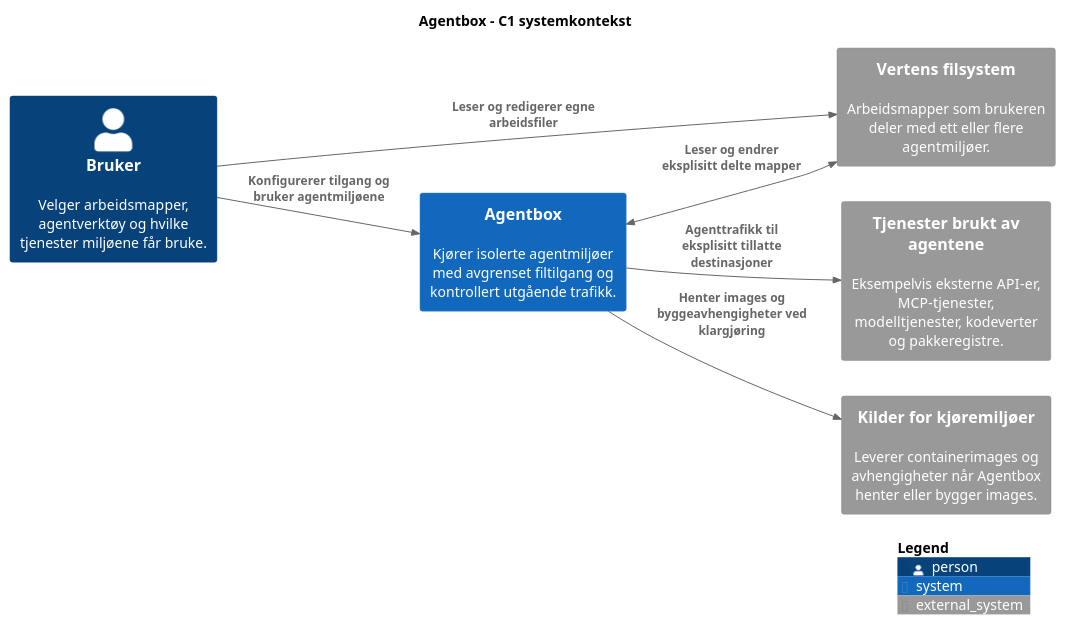
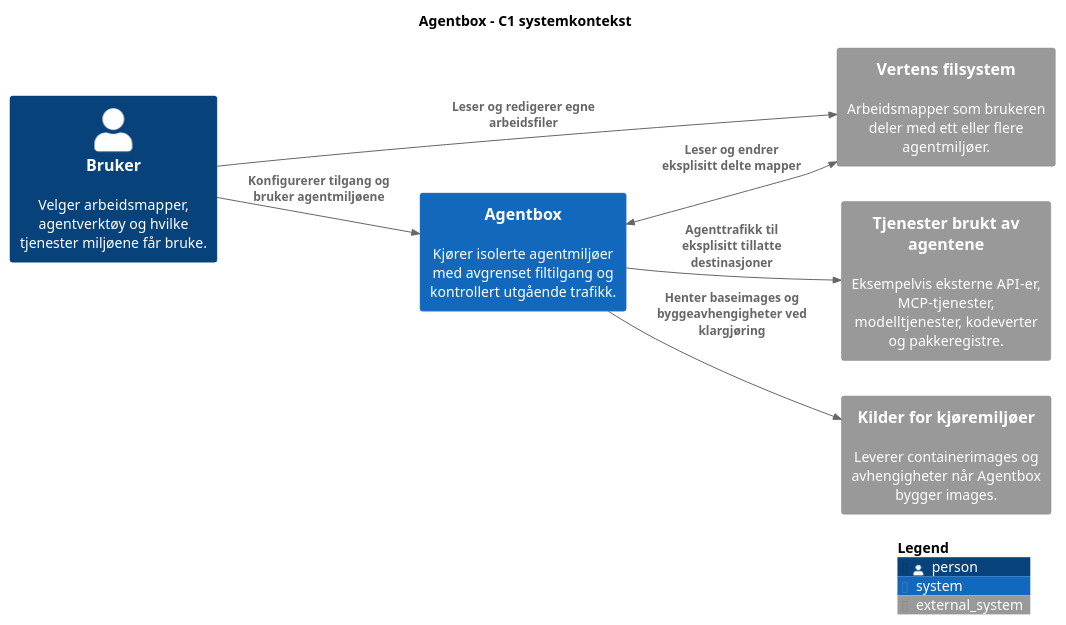
Before and after one commit to oisteink/agentbox: the first of 3 diagrams in docs/architecture-c4.md, drawn with PlantUML. The commit also changed other lines of this file and 40 other files, not shown here.

````diff
--- a/docs/architecture-c4.md
+++ b/docs/architecture-c4.md
@@ -19,20 +19,20 @@
 ```plantuml
 @startuml agentbox-context
 !include <C4/C4_Context>
 LAYOUT_LEFT_RIGHT()
 title Agentbox - C1 systemkontekst
 
 Person(developer, "Bruker", "Velger arbeidsmapper, agentverktøy og hvilke tjenester miljøene får bruke.")
 System(agentbox, "Agentbox", "Kjører isolerte agentmiljøer med avgrenset filtilgang og kontrollert utgående trafikk.")
 System_Ext(workspace, "Vertens filsystem", "Arbeidsmapper som brukeren deler med ett eller flere agentmiljøer.")
 System_Ext(services, "Tjenester brukt av agentene", "Eksempelvis eksterne API-er, MCP-tjenester, modelltjenester, kodeverter og pakkeregistre.")
-System_Ext(supply, "Kilder for kjøremiljøer", "Leverer containerimages og avhengigheter når Agentbox henter eller bygger images.")
+System_Ext(supply, "Kilder for kjøremiljøer", "Leverer containerimages og avhengigheter når Agentbox bygger images.")
 
 Rel(developer, agentbox, "Konfigurerer tilgang og bruker agentmiljøene")
 Rel(developer, workspace, "Leser og redigerer egne arbeidsfiler")
 BiRel(agentbox, workspace, "Leser og endrer eksplisitt delte mapper")
 Rel(agentbox, services, "Agenttrafikk til eksplisitt tillatte destinasjoner")
-Rel(agentbox, supply, "Henter images og byggeavhengigheter ved klargjøring")
+Rel(agentbox, supply, "Henter baseimages og byggeavhengigheter ved klargjøring")
 SHOW_LEGEND()
 @enduml
 ```
````
